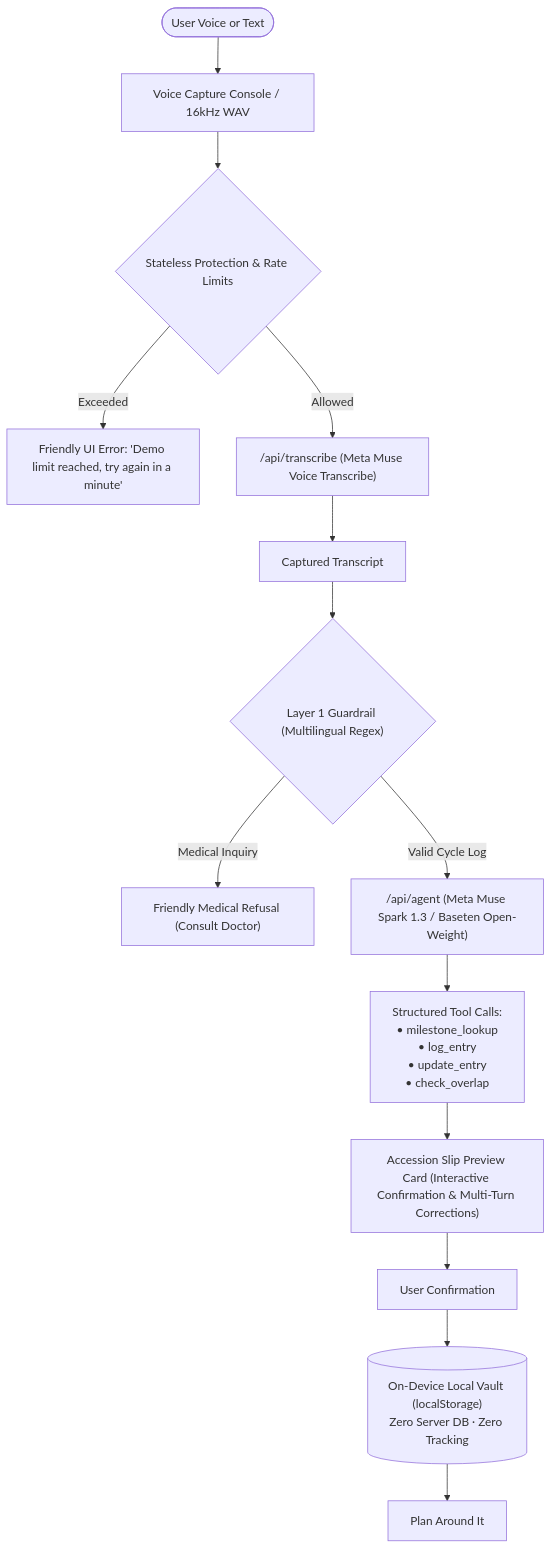
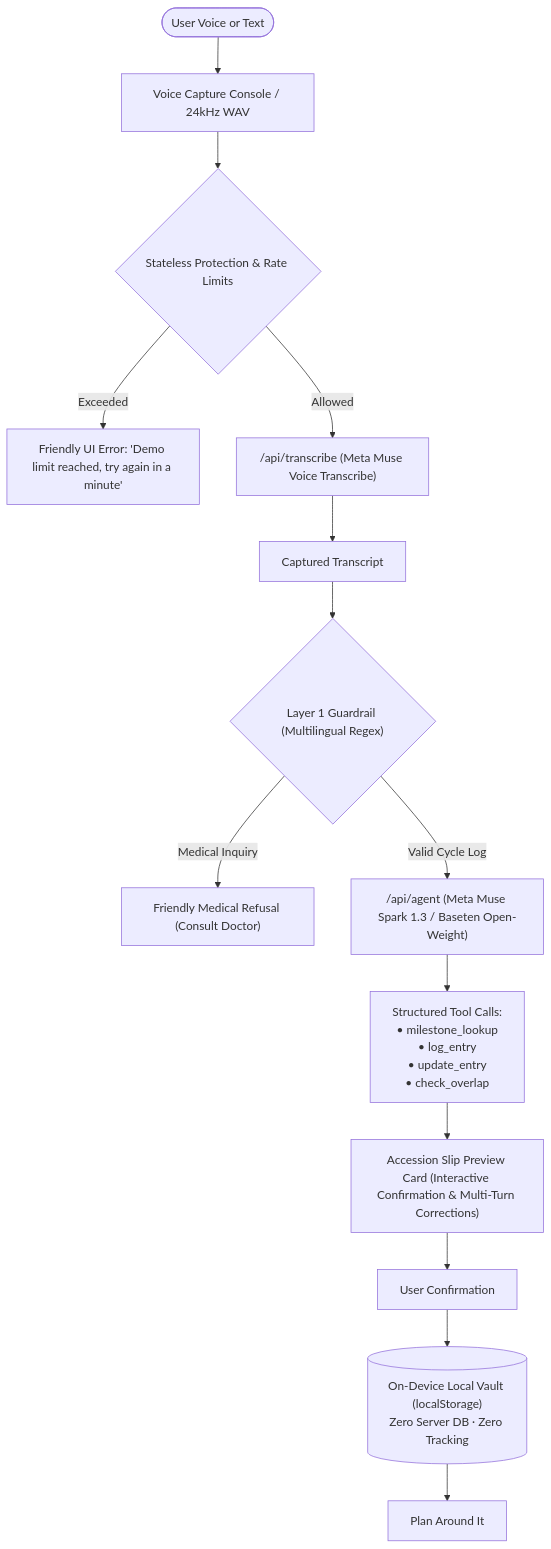
Before and after one commit to shuaib-mk/feather: the diagram in README.md, drawn with Mermaid. The commit also changed other lines of this file and 2 other files, not shown here.

Commit message:
docs(voice): Meta voice supports Hindi/Bengali/Kannada/Marathi/Tamil/Telugu, not Malayalam; 24kHz pipeline

````diff
--- a/README.md
+++ b/README.md
@@ -42,16 +42,16 @@
 ```mermaid
 flowchart TD
-    User([User Voice or Text]) --> Capture[Voice Capture Console / 16kHz WAV]
+    User([User Voice or Text]) --> Capture[Voice Capture Console / 24kHz WAV]
     Capture --> LimitCheck{Stateless Protection & Rate Limits}
     LimitCheck -- Exceeded --> Friendly429[Friendly UI Error: 'Demo limit reached, try again in a minute']
     LimitCheck -- Allowed --> TranscribeAPI["/api/transcribe (Meta Muse Voice Transcribe)"]
     TranscribeAPI --> Transcript[Captured Transcript]
     Transcript --> GuardrailCheck{"Layer 1 Guardrail (Multilingual Regex)"}
     GuardrailCheck -- Medical Inquiry --> RefusalMsg["Friendly Medical Refusal (Consult Doctor)"]
     GuardrailCheck -- Valid Cycle Log --> AgentAPI["/api/agent (Meta Muse Spark 1.3 / Baseten Open-Weight)"]
     AgentAPI --> Tools["Structured Tool Calls:\n• milestone_lookup\n• log_entry\n• update_entry\n• check_overlap"]
     Tools --> SlipPreview["Accession Slip Preview Card (Interactive Confirmation & Multi-Turn Corrections)"]
     SlipPreview --> Confirm[User Confirmation]
     Confirm --> LocalVault[("On-Device Local Vault (localStorage)\nZero Server DB · Zero Tracking")]
     LocalVault --> OverlapEngine[Plan Around It]
 ```
````
